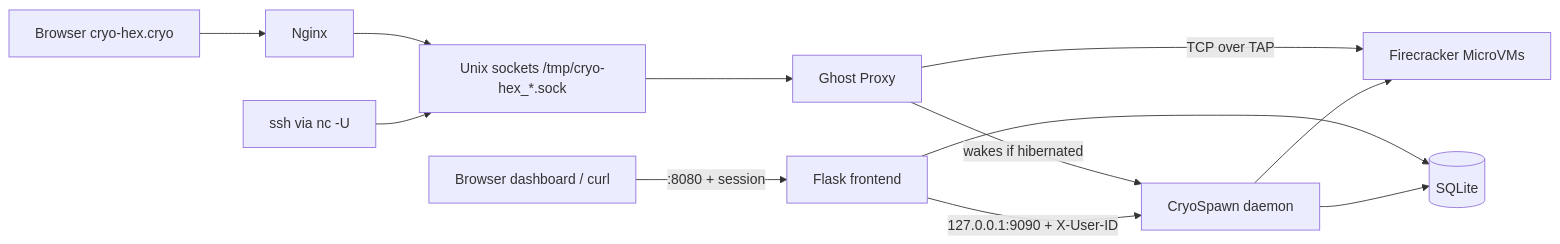
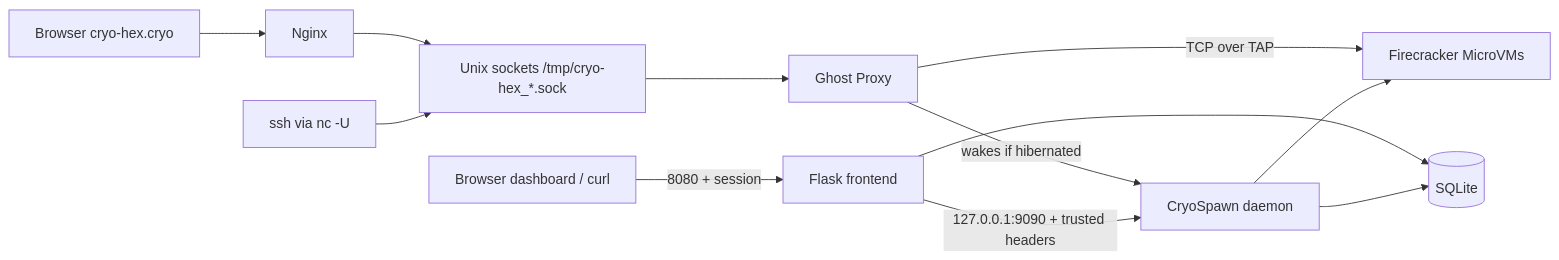
Before and after one commit to NirjharDebnath/CryoSpawn: the diagram in README.md, drawn with Mermaid. The commit also changed other lines of this file and 6 other files, not shown here.

````diff
--- a/README.md
+++ b/README.md
@@ -18,14 +19,14 @@
 ```mermaid
 flowchart LR
-    UI[Browser dashboard / curl] -->|":8080 + session"| FL[Flask frontend]
-    FL -->|"127.0.0.1:9090 + X-User-ID"| D[CryoSpawn daemon]
+    UI[Browser dashboard / curl] -->|"8080 + session"| FL[Flask frontend]
+    FL -->|"127.0.0.1:9090 + trusted headers"| D[CryoSpawn daemon]
     Browser[Browser cryo-hex.cryo] --> N[Nginx]
     SSH[ssh via nc -U] --> S
     N --> S[Unix sockets /tmp/cryo-hex_*.sock]
     S --> G[Ghost Proxy]
     G -->|wakes if hibernated| D
     D --> F[Firecracker MicroVMs]
     D --> DB[(SQLite)]
     FL --> DB
     G -->|TCP over TAP| F
 ```
````
